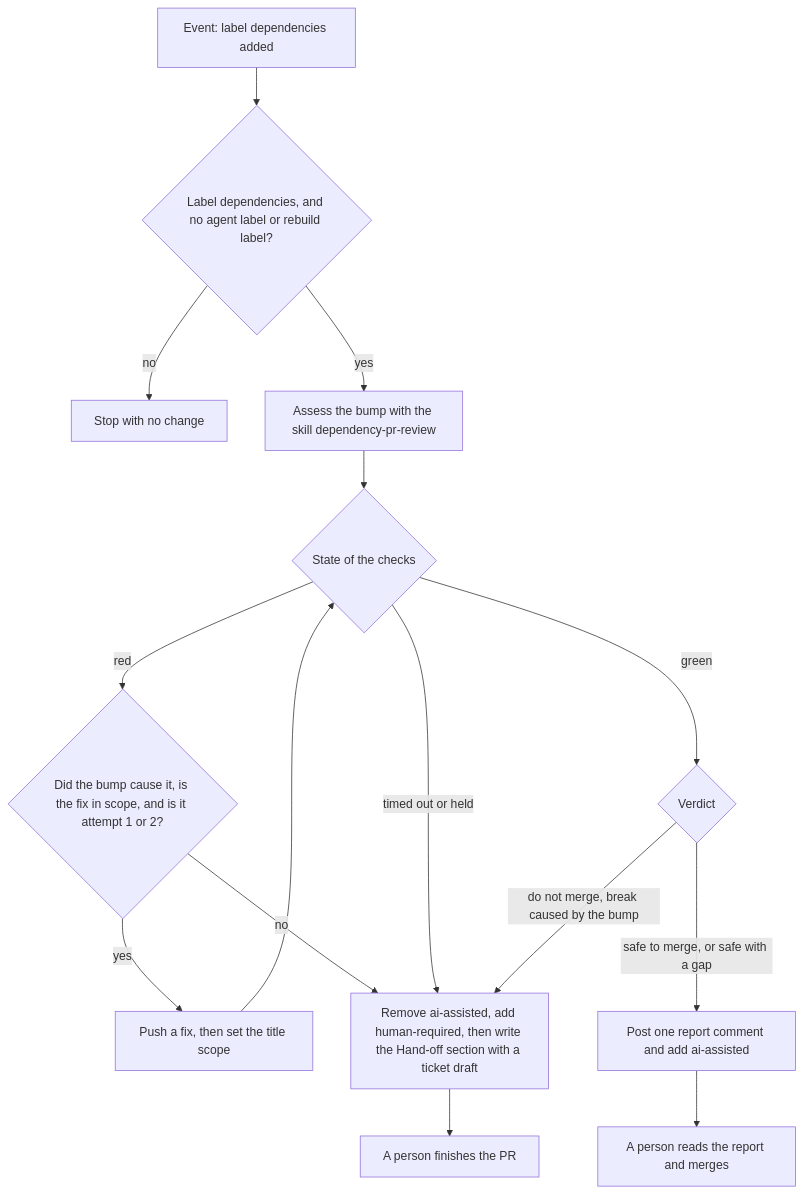
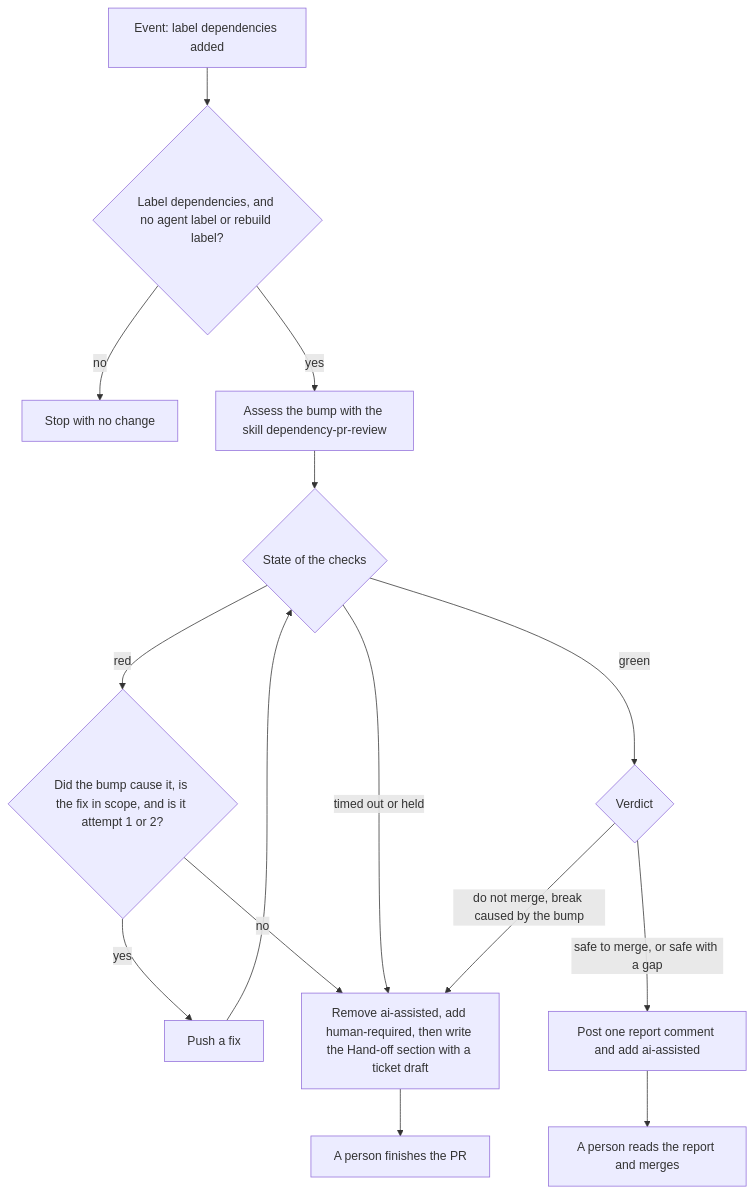
One commit to Unique-AG/connectors changed the third of 7 diagrams in docs/security/dependencies.md. Above: the diagram before and after it, drawn with Mermaid. The commit also changed other lines of this file and 25 other files, not shown here.

````diff
--- a/docs/security/dependencies.md
+++ b/docs/security/dependencies.md
@@ -56,17 +48,17 @@
 ```mermaid
 flowchart TD
   opened[Event: label dependencies added] --> labels{"Label dependencies, and no agent label or rebuild label?"}
   labels -->|no| stop[Stop with no change]
   labels -->|yes| assess[Assess the bump with the skill dependency-pr-review]
   assess --> ci{State of the checks}
   ci -->|green| verdict{Verdict}
   ci -->|red| cause{"Did the bump cause it, is the fix in scope, and is it attempt 1 or 2?"}
-  cause -->|yes| fix[Push a fix, then set the title scope]
+  cause -->|yes| fix[Push a fix]
   fix --> ci
   cause -->|no| handoff["Remove ai-assisted, add human-required, then write the Hand-off section with a ticket draft"]
   ci -->|timed out or held| handoff
   verdict -->|safe to merge, or safe with a gap| report[Post one report comment and add ai-assisted]
   verdict -->|do not merge, break caused by the bump| handoff
   report --> merge[A person reads the report and merges]
   handoff --> finish[A person finishes the PR]
 ```
````
